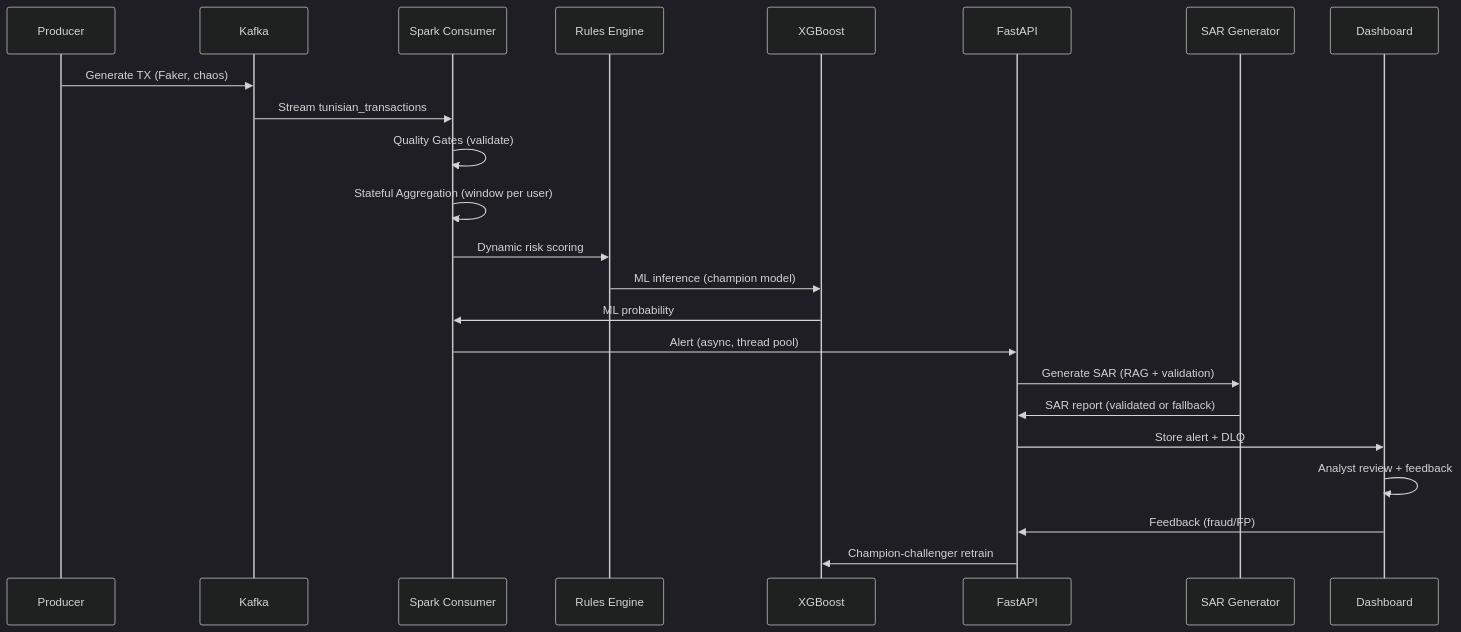
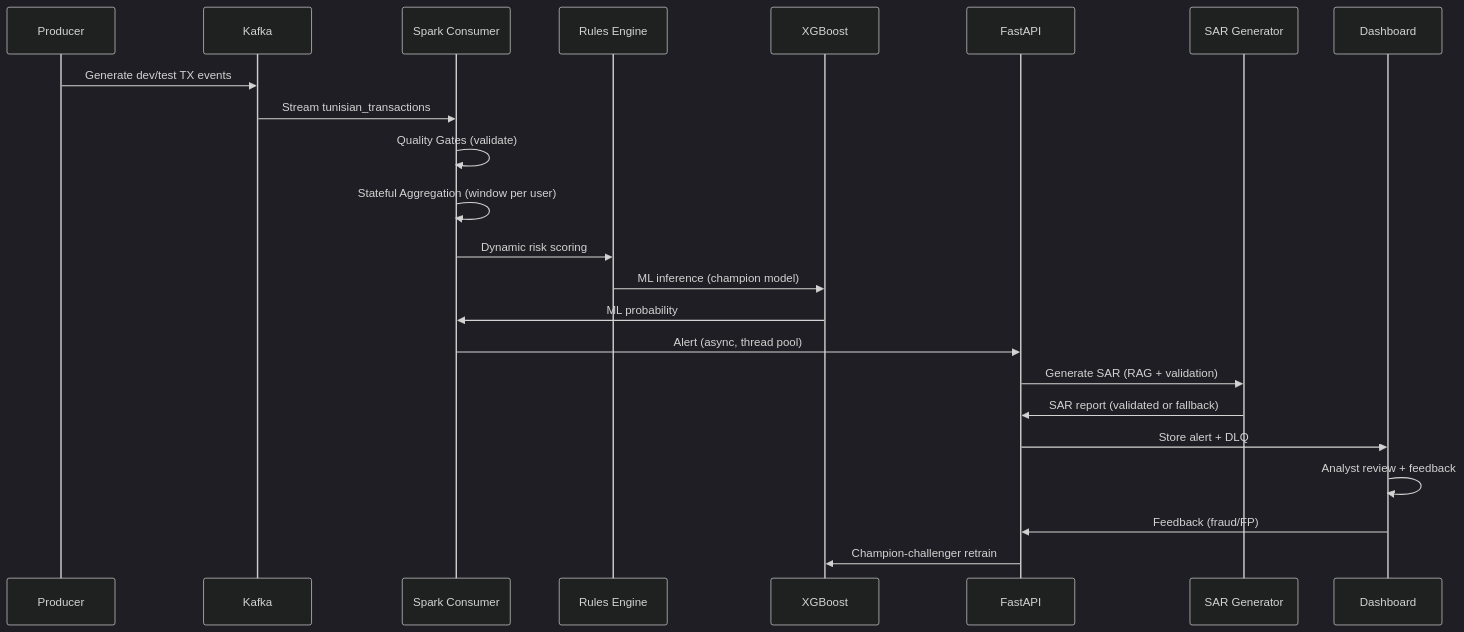
One commit to ReguiguiMohamed/hybrid-real-time-fraud-detection-tunisia changed the second of 4 diagrams in README.md. Above: the diagram before and after it, drawn with Mermaid. The commit also changed other lines of this file and 12 other files, not shown here.

````diff
--- a/README.md
+++ b/README.md
@@ -51,27 +51,27 @@
 ```mermaid
 %%{init: {'theme': 'dark', 'themeVariables': { 'fontSize': '20px'}}}%%
 sequenceDiagram
     participant P as Producer
     participant K as Kafka
     participant C as Spark Consumer
     participant R as Rules Engine
     participant M as XGBoost
     participant A as FastAPI
     participant S as SAR Generator
     participant D as Dashboard
 
-    P->>K: Generate TX (Faker, chaos)
+    P->>K: Generate dev/test TX events
     K->>C: Stream tunisian_transactions
     C->>C: Quality Gates (validate)
     C->>C: Stateful Aggregation (window per user)
     C->>R: Dynamic risk scoring
     R->>M: ML inference (champion model)
     M->>C: ML probability
     C->>A: Alert (async, thread pool)
     A->>S: Generate SAR (RAG + validation)
     S->>A: SAR report (validated or fallback)
     A->>D: Store alert + DLQ
     D->>D: Analyst review + feedback
     D->>A: Feedback (fraud/FP)
     A->>M: Champion-challenger retrain
 ```
````
